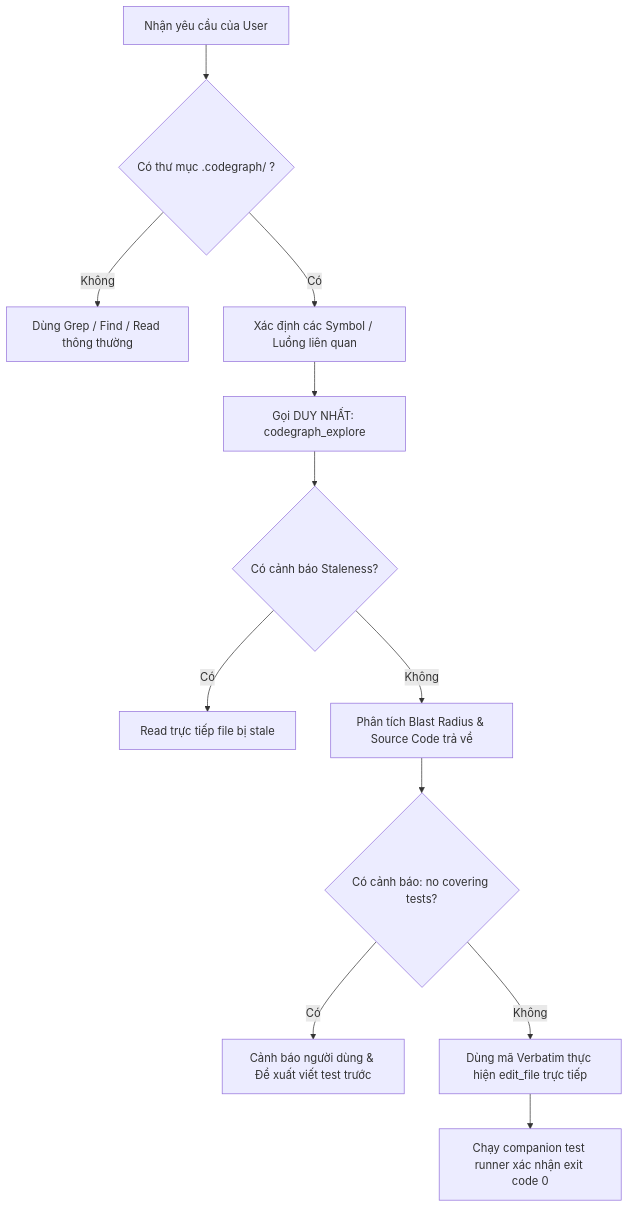
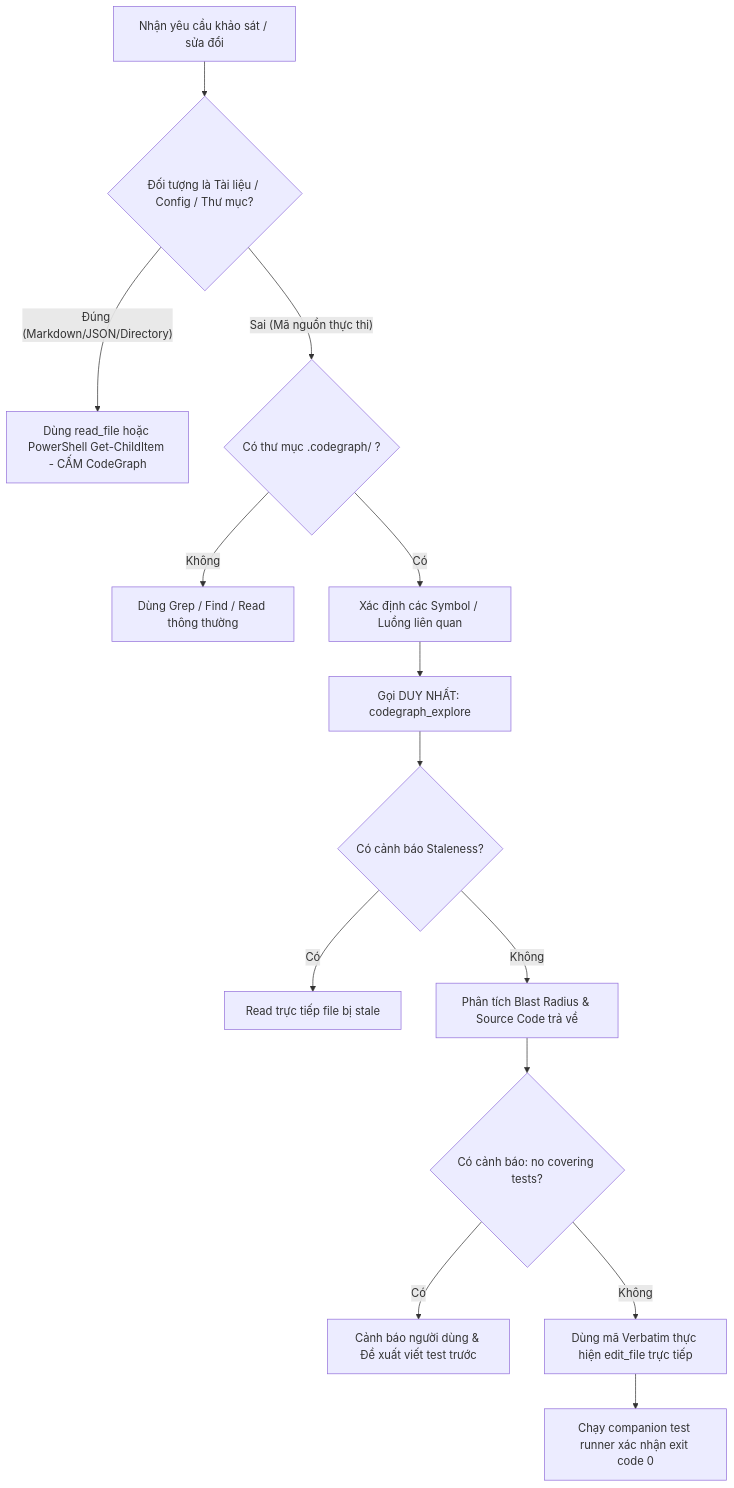
One commit to vuthuonghai-steve/auto-rep-zalo changed the diagram in .agents/skills/codegraph-mastery/SKILL.md. Above: the diagram before and after it, drawn with Mermaid. The commit also changed other lines of this file and 3 other files, not shown here.

````diff
--- a/.agents/skills/codegraph-mastery/SKILL.md
+++ b/.agents/skills/codegraph-mastery/SKILL.md
@@ -81,14 +95,16 @@
 ```mermaid
 flowchart TD
-    A[Nhận yêu cầu của User] --> B{Có thư mục .codegraph/ ?}
-    B -- Không --> C[Dùng Grep / Find / Read thông thường]
-    B -- Có --> D[Xác định các Symbol / Luồng liên quan]
-    D --> E[Gọi DUY NHẤT: codegraph_explore]
-    E --> F{Có cảnh báo Staleness?}
-    F -- Có --> G[Read trực tiếp file bị stale]
-    F -- Không --> H[Phân tích Blast Radius & Source Code trả về]
-    H --> I{Có cảnh báo: no covering tests?}
-    I -- Có --> J[Cảnh báo người dùng & Đề xuất viết test trước]
-    I -- Không --> K[Dùng mã Verbatim thực hiện edit_file trực tiếp]
-    K --> L[Chạy companion test runner xác nhận exit code 0]
+    A[Nhận yêu cầu khảo sát / sửa đổi] --> B{Đối tượng là Tài liệu / Config / Thư mục?}
+    B -- Đúng (Markdown/JSON/Directory) --> C[Dùng read_file hoặc PowerShell Get-ChildItem - CẤM CodeGraph]
+    B -- Sai (Mã nguồn thực thi) --> D{Có thư mục .codegraph/ ?}
+    D -- Không --> E[Dùng Grep / Find / Read thông thường]
+    D -- Có --> F[Xác định các Symbol / Luồng liên quan]
+    F --> G[Gọi DUY NHẤT: codegraph_explore]
+    G --> H{Có cảnh báo Staleness?}
+    H -- Có --> I[Read trực tiếp file bị stale]
+    H -- Không --> J[Phân tích Blast Radius & Source Code trả về]
+    J --> K{Có cảnh báo: no covering tests?}
+    K -- Có --> L[Cảnh báo người dùng & Đề xuất viết test trước]
+    K -- Không --> M[Dùng mã Verbatim thực hiện edit_file trực tiếp]
+    M --> N[Chạy companion test runner xác nhận exit code 0]
 ```
````
